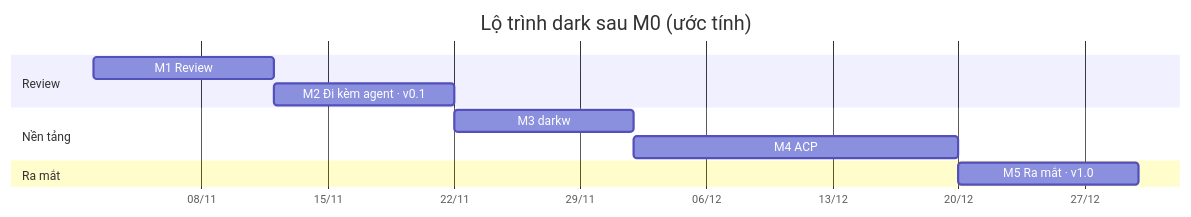
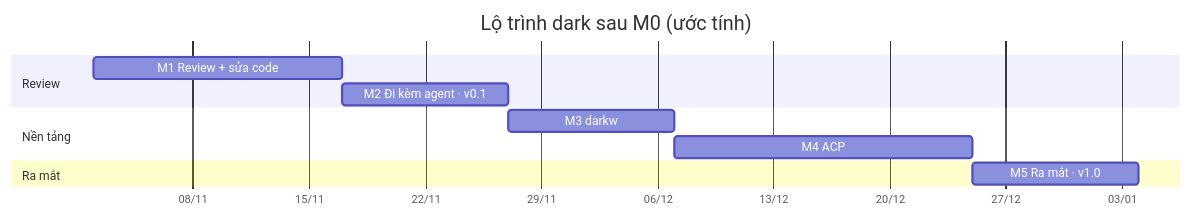
The diagram in docs/PLANNING.md (lhnhidev/dark), drawn with Mermaid before and after one commit. The commit also changed other lines of this file and 6 other files, not shown here.

````diff
--- a/docs/PLANNING.md
+++ b/docs/PLANNING.md
@@ -40,14 +41,14 @@
 ```mermaid
 gantt
     title Lộ trình dark sau M0 (ước tính)
     dateFormat  YYYY-MM-DD
     axisFormat  %d/%m
     section Review
-    M1 Review              :m1, 2026-11-02, 10d
+    M1 Review + sửa code   :m1, 2026-11-02, 15d
     M2 Đi kèm agent · v0.1 :m2, after m1, 10d
     section Nền tảng
     M3 darkw               :m3, after m2, 10d
     M4 ACP                 :m4, after m3, 18d
     section Ra mắt
     M5 Ra mắt · v1.0       :m5, after m4, 10d
 ```
````
